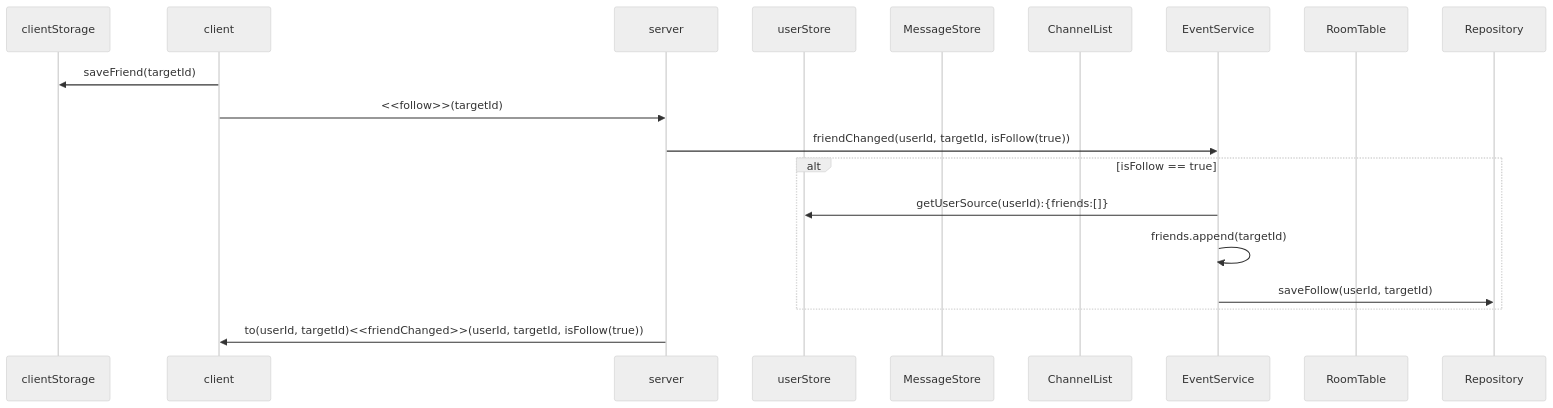
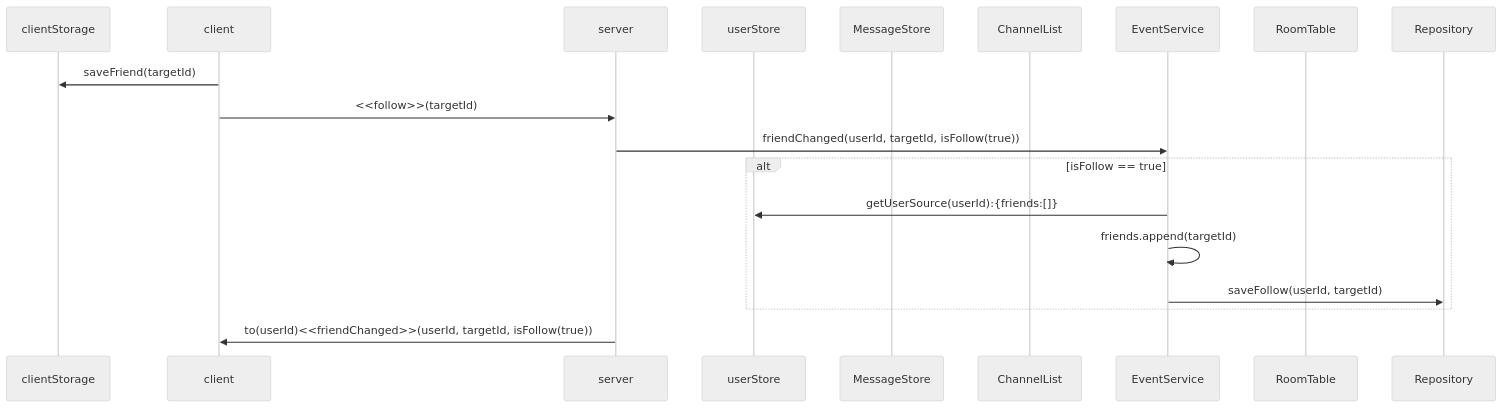
Before and after one commit to mtak0235/simmons_transcendence: the seventh of 19 diagrams in backend/node/app/event.md, drawn with Mermaid (neutral theme). The commit also changed other lines of this file and 6 other files, not shown here.

````diff
--- a/backend/node/app/event.md
+++ b/backend/node/app/event.md
@@ -185,22 +183,22 @@
 ```mermaid
 sequenceDiagram
 participant cls as clientStorage
 participant c as client
 participant ga as server
 participant ss as userStore
 participant ms as MessageStore
 participant cns as ChannelList
 participant cs as EventService
 participant rt as RoomTable
 participant r as Repository
 
 c->>cls: saveFriend(targetId)
 c->>ga: <<follow>>(targetId)
 ga->>cs: friendChanged(userId, targetId, isFollow(true))
 alt isFollow == true
 cs->>ss: getUserSource(userId):{friends:[]}
 cs->>cs: friends.append(targetId)
 cs->>r: saveFollow(userId, targetId)
 end
-ga->>c: to(userId, targetId)<<friendChanged>>(userId, targetId, isFollow(true))
+ga->>c: to(userId)<<friendChanged>>(userId, targetId, isFollow(true))
 ```
````
